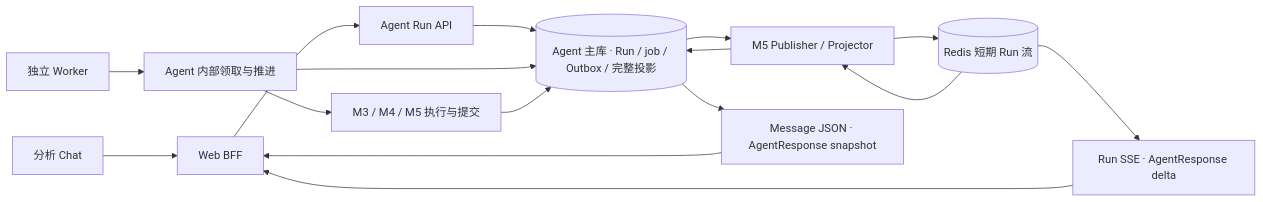
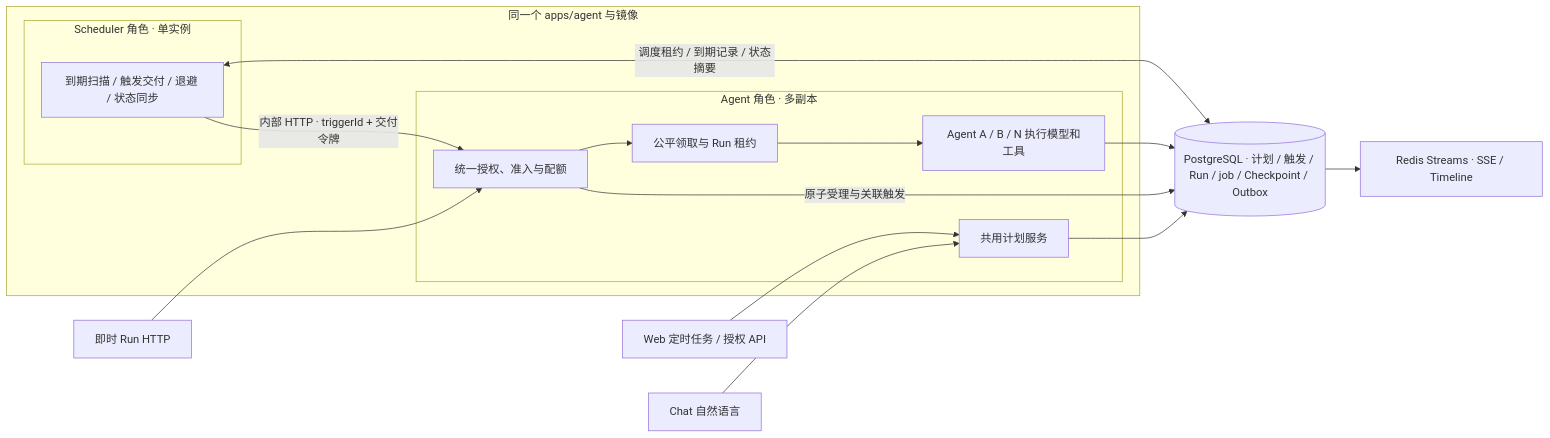
Before and after one commit to RuiLu007/compass: the first of 7 diagrams in mai-specs/984-lesson-20-production-agent-runtime/design/TECH_DESIGN.md, drawn with Mermaid. The commit also changed other lines of this file and 204 other files, not shown here.

````diff
--- a/mai-specs/984-lesson-20-production-agent-runtime/design/TECH_DESIGN.md
+++ b/mai-specs/984-lesson-20-production-agent-runtime/design/TECH_DESIGN.md
@@ -19,18 +41,25 @@
 ```mermaid
 flowchart LR
-    C["分析 Chat"] --> B["Web BFF"]
-    B --> A["Agent Run API"]
-    A --> P[("Agent 主库 · Run / job / Outbox / 完整投影")]
-    W["独立 Worker"] --> O["Agent 内部领取与推进"]
-    O --> P
-    O --> E["M3 / M4 / M5 执行与提交"]
-    E --> P
-    P --> V["M5 Publisher / Projector"]
-    V --> R[("Redis 短期 Run 流")]
-    R --> V
-    V --> P
-    R --> S["Run SSE · AgentResponse delta"]
-    P --> M["Message JSON · AgentResponse snapshot"]
-    S --> B
-    M --> B
+    accTitle: Compass 定时任务与 Agent 异步执行
+    WEB["Web 定时任务 / 授权 API"] --> PLAN
+    CHAT["Chat 自然语言"] --> PLAN
+    NOW["即时 Run HTTP"] --> ACCEPT
+    subgraph APP["同一个 apps/agent 与镜像"]
+        subgraph T["Scheduler 角色 · 单实例"]
+            TIMER["到期扫描 / 触发交付 / 退避 / 状态同步"]
+        end
+        subgraph AGENT["Agent 角色 · 多副本"]
+            PLAN["共用计划服务"]
+            ACCEPT["统一授权、准入与配额"]
+            QUEUE["公平领取与 Run 租约"]
+            RUNTIME["Agent A / B / N 执行模型和工具"]
+            ACCEPT --> QUEUE --> RUNTIME
+        end
+    end
+    PLAN --> DB[("PostgreSQL · 计划 / 触发 / Run / job / Checkpoint / Outbox")]
+    TIMER <-->|"调度租约 / 到期记录 / 状态摘要"| DB
+    TIMER -->|"内部 HTTP · triggerId + 交付令牌"| ACCEPT
+    ACCEPT -->|"原子受理与关联触发"| DB
+    RUNTIME --> DB
+    DB --> STREAM["Redis Streams · SSE / Timeline"]
 ```
````
